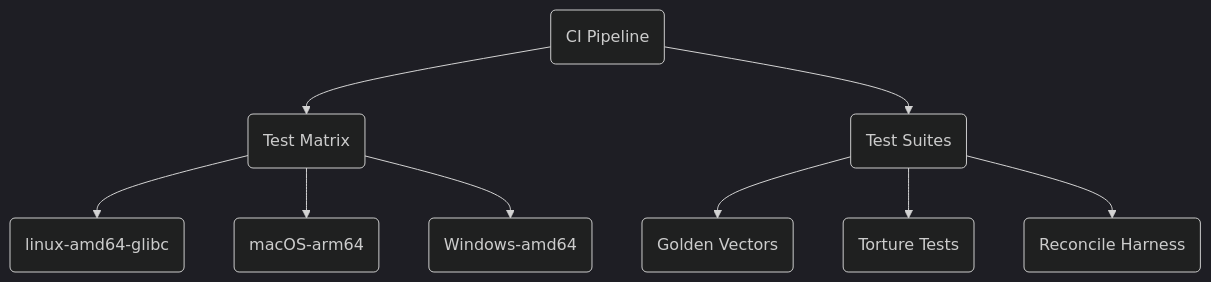
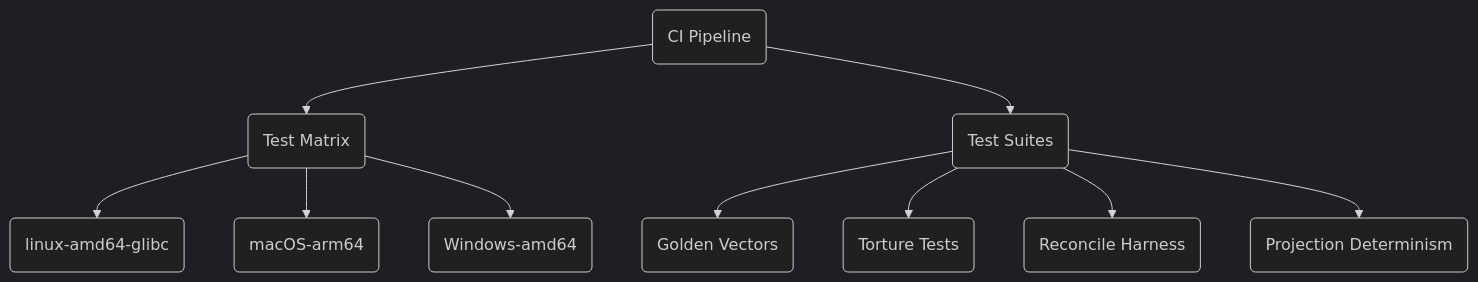
One commit to flyingrobots/gatos changed the ninth of 16 diagrams in docs/TECH-SPEC.md. Above: the diagram before and after it, drawn with Mermaid (dark theme). The commit also changed other lines of this file and 6 other files, not shown here.

````diff
--- a/docs/TECH-SPEC.md
+++ b/docs/TECH-SPEC.md
@@ -229,11 +255,12 @@
 ```mermaid
 graph TD
     A(CI Pipeline) --> B(Test Matrix);
     B --> B1(linux-amd64-glibc);
     B --> B2(macOS-arm64);
     B --> B3(Windows-amd64);
     A --> C(Test Suites);
     C --> C1(Golden Vectors);
     C --> C2(Torture Tests);
     C --> C3(Reconcile Harness);
+    C --> C4(Projection Determinism);
 ```
````
